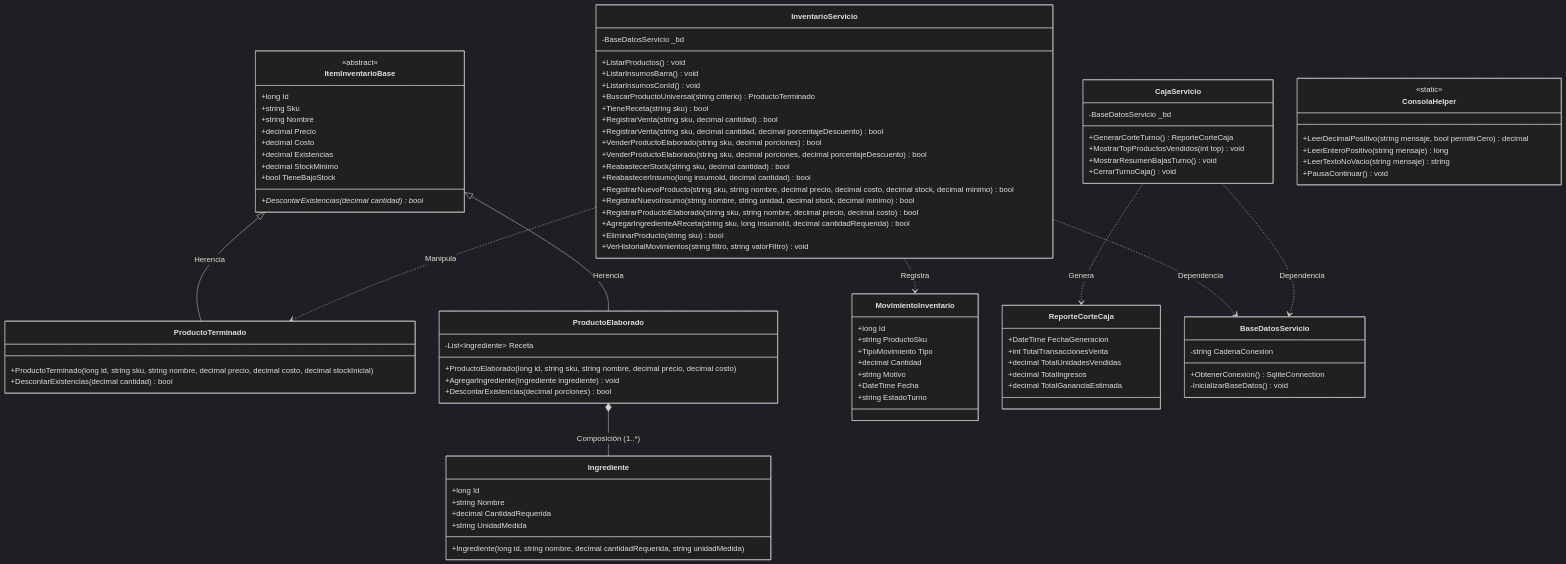
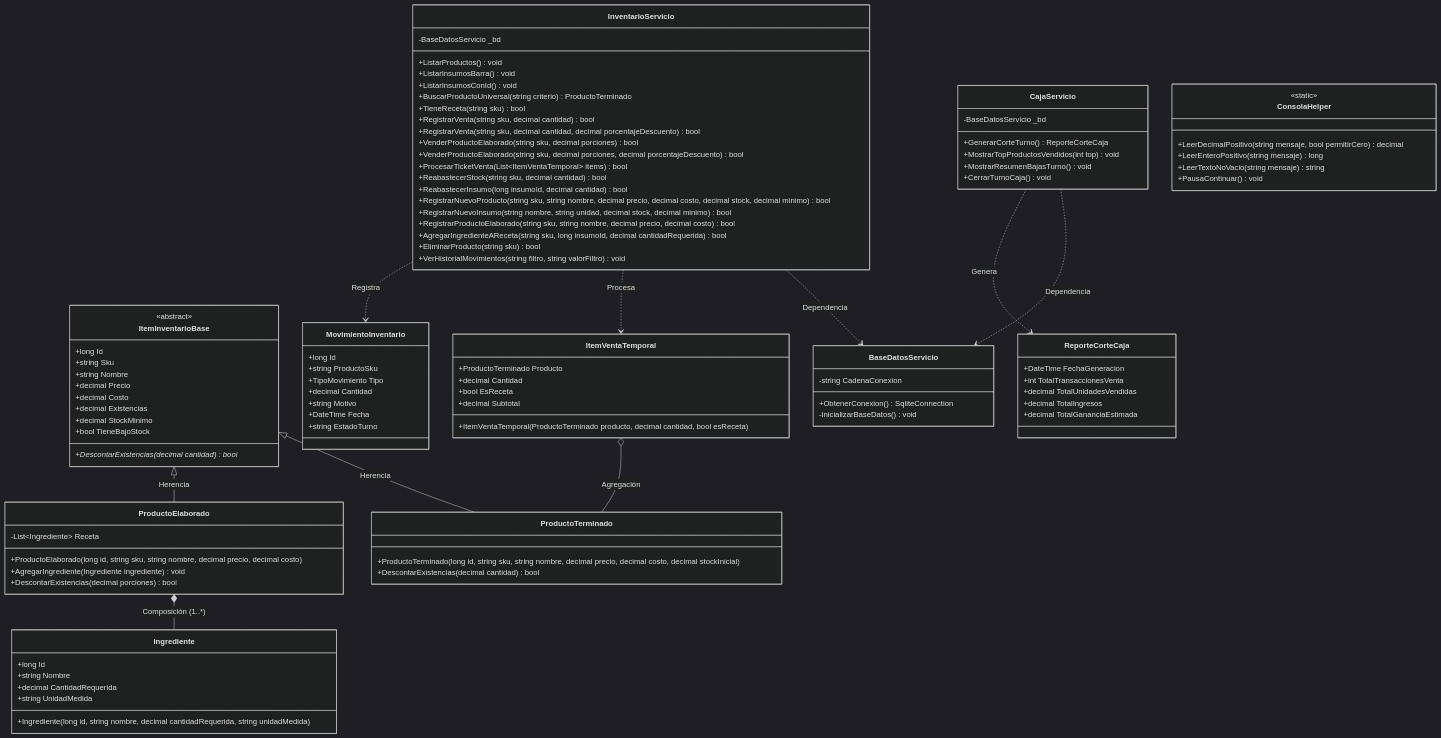
Before and after one commit to SoyAdrif/CafeteriaITCHII: the diagram in README.md, drawn with Mermaid (dark theme). The commit also changed other lines of this file, not shown here.

Commit message:
docs: actualizacion con soporte de venta multilineal atomica y diagrama de clases definitivo

````diff
--- a/README.md
+++ b/README.md
@@ -22,7 +23,6 @@
 classDiagram
     direction TB
 
-    %% Jerarquía de Herencia
     class ItemInventarioBase {
         <<abstract>>
         +long Id
@@ -56,6 +56,14 @@
         +Ingrediente(long id, string nombre, decimal cantidadRequerida, string unidadMedida)
     }
 
+    class ItemVentaTemporal {
+        +ProductoTerminado Producto
+        +decimal Cantidad
+        +bool EsReceta
+        +decimal Subtotal
+        +ItemVentaTemporal(ProductoTerminado producto, decimal cantidad, bool esReceta)
+    }
+
     class MovimientoInventario {
         +long Id
         +string ProductoSku
@@ -74,7 +82,6 @@
         +decimal TotalGananciaEstimada
     }
 
-    %% Capa de Servicios y Utilidades
     class BaseDatosServicio {
         -string CadenaConexion
         +ObtenerConexion() SqliteConnection
@@ -92,6 +99,7 @@
         +RegistrarVenta(string sku, decimal cantidad, decimal porcentajeDescuento) bool
         +VenderProductoElaborado(string sku, decimal porciones) bool
         +VenderProductoElaborado(string sku, decimal porciones, decimal porcentajeDescuento) bool
+        +ProcesarTicketVenta(List~ItemVentaTemporal~ items) bool
         +ReabastecerStock(string sku, decimal cantidad) bool
         +ReabastecerInsumo(long insumoId, decimal cantidad) bool
         +RegistrarNuevoProducto(string sku, string nombre, decimal precio, decimal costo, decimal stock, decimal minimo) bool
@@ -118,14 +126,14 @@
         +PausaContinuar() void
     }
 
-    %% Relaciones
     ItemInventarioBase <|-- ProductoTerminado : Herencia
     ItemInventarioBase <|-- ProductoElaborado : Herencia
     ProductoElaborado *-- Ingrediente : Composición (1..*)
+    ItemVentaTemporal o-- ProductoTerminado : Agregación
     
     InventarioServicio ..> BaseDatosServicio : Dependencia
     CajaServicio ..> BaseDatosServicio : Dependencia
-    InventarioServicio ..> ProductoTerminado : Manipula
+    InventarioServicio ..> ItemVentaTemporal : Procesa
     InventarioServicio ..> MovimientoInventario : Registra
     CajaServicio ..> ReporteCorteCaja : Genera
 ```
````
